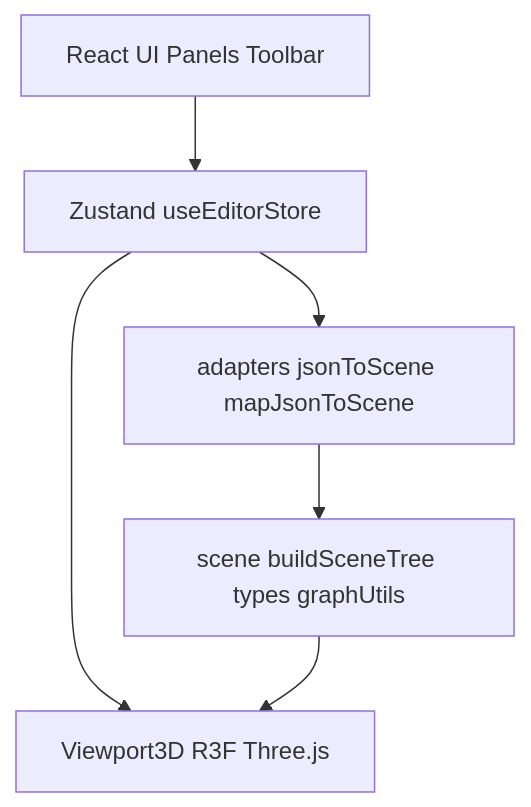
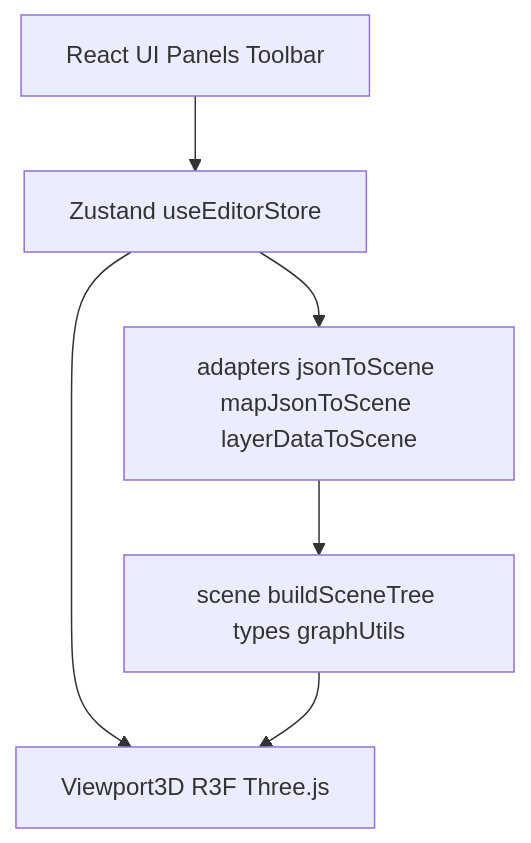
Before and after one commit to shupengjie/map_view_tool: the diagram in docs/ARCHITECTURE.md, drawn with Mermaid. The commit also changed other lines of this file and 2 other files, not shown here.

````diff
--- a/docs/ARCHITECTURE.md
+++ b/docs/ARCHITECTURE.md
@@ -31,13 +31,13 @@
 ```mermaid
 flowchart TB
   UI[React UI Panels Toolbar]
   Store[Zustand useEditorStore]
-  Adapters[adapters jsonToScene mapJsonToScene]
+  Adapters[adapters jsonToScene mapJsonToScene layerDataToScene]
   Scene[scene buildSceneTree types graphUtils]
   R3F[Viewport3D R3F Three.js]
   UI --> Store
   Store --> Adapters
   Adapters --> Scene
   Store --> R3F
   Scene --> R3F
 ```
````
